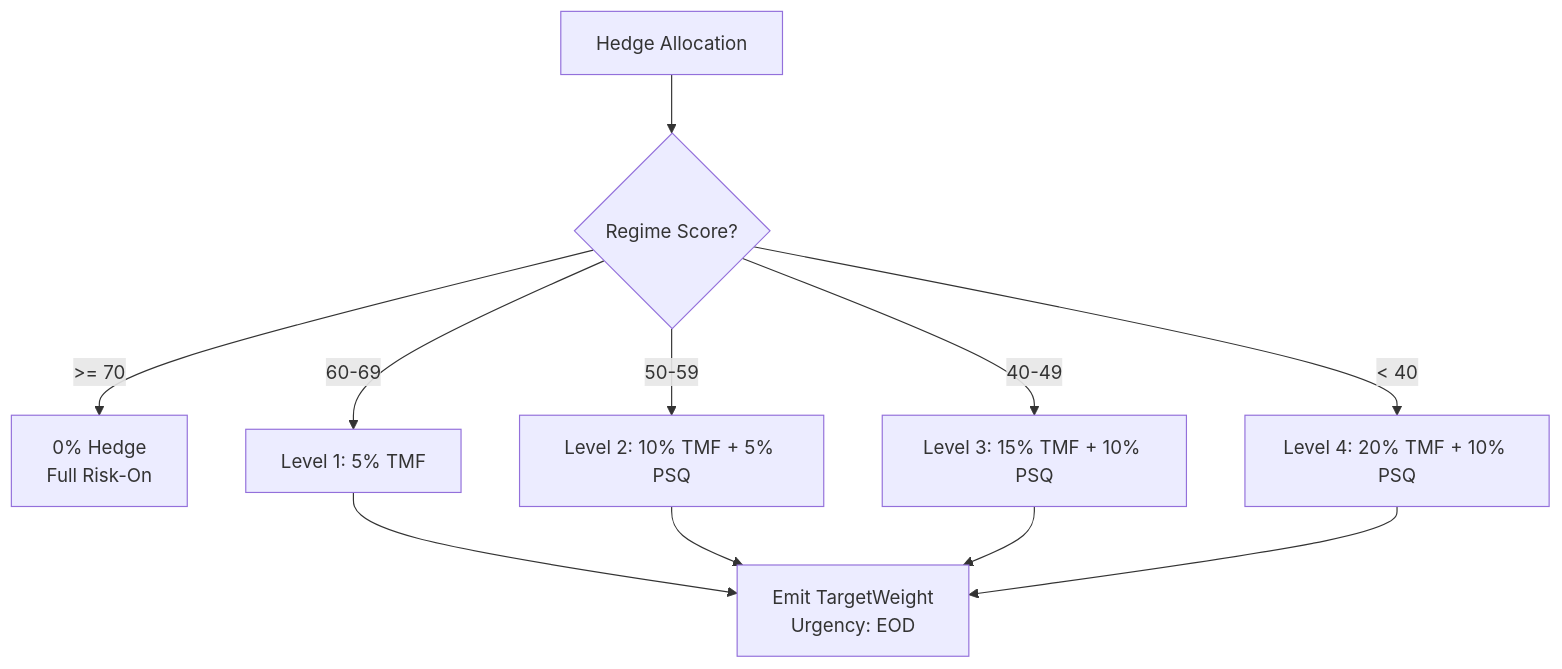
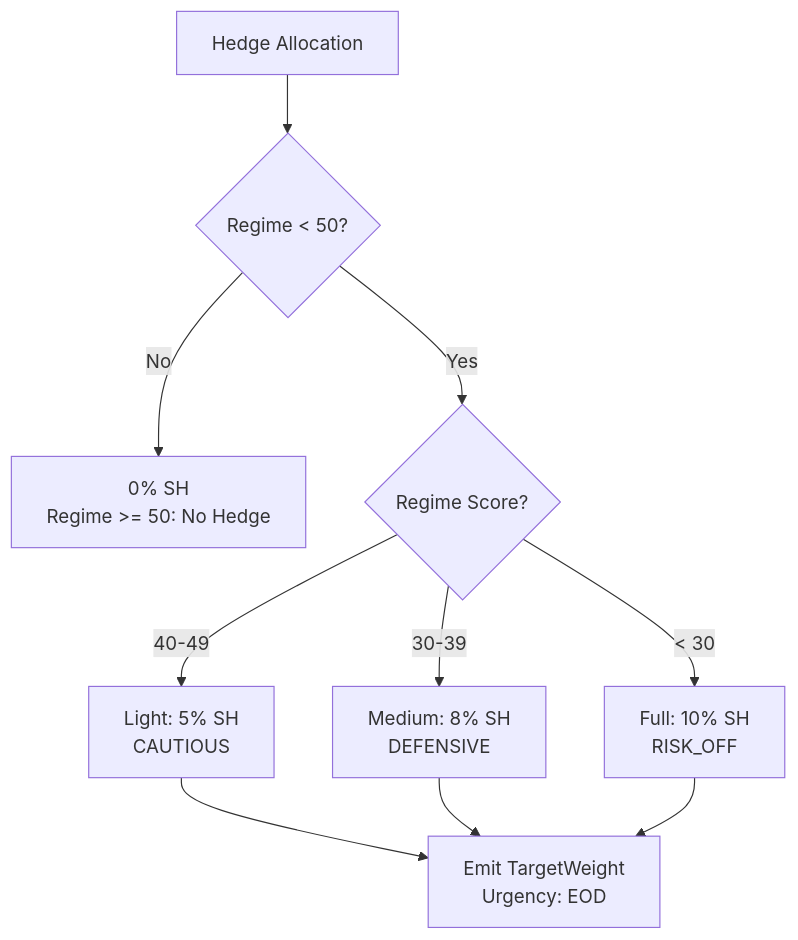
Before and after one commit to vickdavinci/alpha-nextgen-v2-private: diagram 11 of 13 in docs/system/ENGINE_LOGIC_REFERENCE.md, drawn with Mermaid. The commit also changed other lines of this file and 17 other files, not shown here.

````diff
--- a/docs/system/ENGINE_LOGIC_REFERENCE.md
+++ b/docs/system/ENGINE_LOGIC_REFERENCE.md
@@ -669,15 +668,15 @@
 ```mermaid
 flowchart TD
-    START[Hedge Allocation] --> REGIME{Regime Score?}
+    START[Hedge Allocation] --> GATE{Regime < 50?}
 
-    REGIME -->|>= 70| NONE[0% Hedge<br/>Full Risk-On]
-    REGIME -->|60-69| L1[Level 1: 5% TMF]
-    REGIME -->|50-59| L2[Level 2: 10% TMF + 5% PSQ]
-    REGIME -->|40-49| L3[Level 3: 15% TMF + 10% PSQ]
-    REGIME -->|< 40| L4[Level 4: 20% TMF + 10% PSQ]
+    GATE -->|No| NONE[0% SH<br/>Regime >= 50: No Hedge]
+    GATE -->|Yes| REGIME{Regime Score?}
 
-    L1 --> EMIT[Emit TargetWeight<br/>Urgency: EOD]
-    L2 --> EMIT
-    L3 --> EMIT
-    L4 --> EMIT
+    REGIME -->|40-49| LIGHT[Light: 5% SH<br/>CAUTIOUS]
+    REGIME -->|30-39| MEDIUM[Medium: 8% SH<br/>DEFENSIVE]
+    REGIME -->|< 30| FULL[Full: 10% SH<br/>RISK_OFF]
+
+    LIGHT --> EMIT[Emit TargetWeight<br/>Urgency: EOD]
+    MEDIUM --> EMIT
+    FULL --> EMIT
 ```
````
